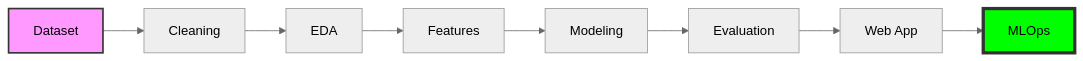
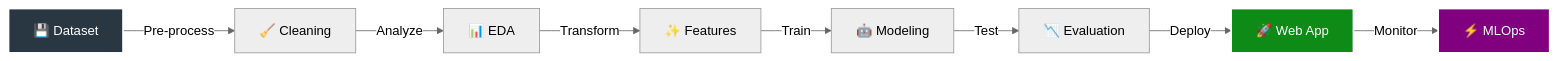
Before and after one commit to HarshChoudhary2003/Machine_Learning_Projects: the first of 2 diagrams in README.md, drawn with Mermaid (neutral theme). The commit also changed other lines of this file, not shown here.

````diff
--- a/README.md
+++ b/README.md
@@ -85,12 +82,13 @@
 ```mermaid
 graph LR
-    A[Dataset] --> B[Cleaning]
-    B --> C[EDA]
-    C --> D[Features]
-    D --> E[Modeling]
-    E --> F[Evaluation]
-    F --> G[Web App]
-    G --> H[MLOps]
-    style A fill:#f9f,stroke:#333,stroke-width:2px
-    style H fill:#00ff00,stroke:#333,stroke-width:4px
+    A[💾 Dataset] -->|Pre-process| B[🧹 Cleaning]
+    B -->|Analyze| C[📊 EDA]
+    C -->|Transform| D[✨ Features]
+    D -->|Train| E[🤖 Modeling]
+    E -->|Test| F[📉 Evaluation]
+    F -->|Deploy| G[🚀 Web App]
+    G -->|Monitor| H[⚡ MLOps]
+    style A fill:#293742,stroke:#fff,stroke-width:2px,color:#fff
+    style G fill:#0E8A16,stroke:#fff,stroke-width:2px,color:#fff
+    style H fill:#800080,stroke:#fff,stroke-width:2px,color:#fff
 ```
````
